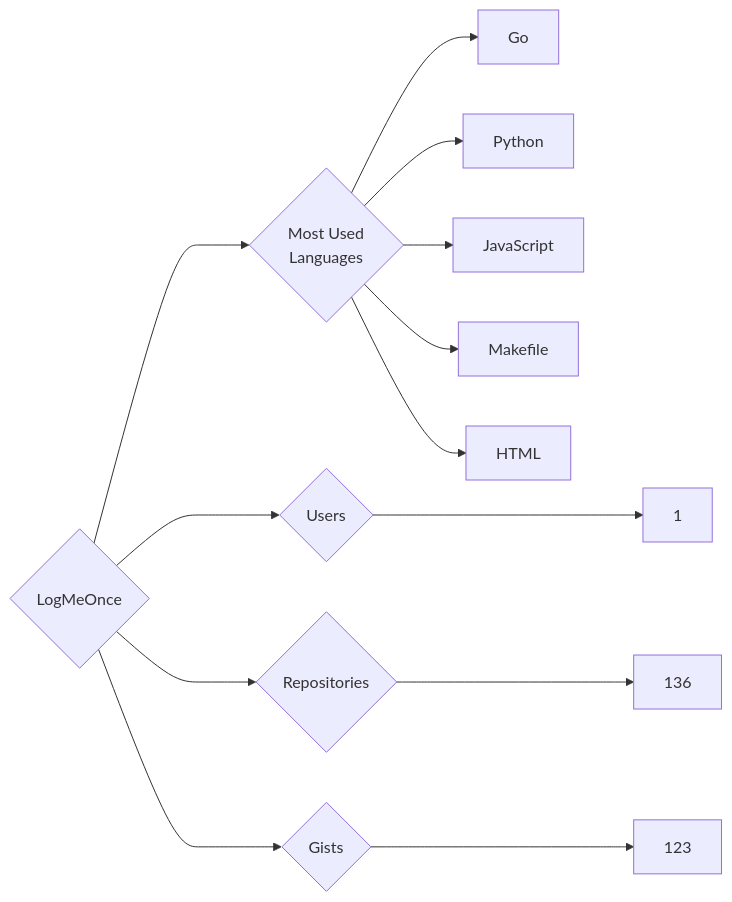
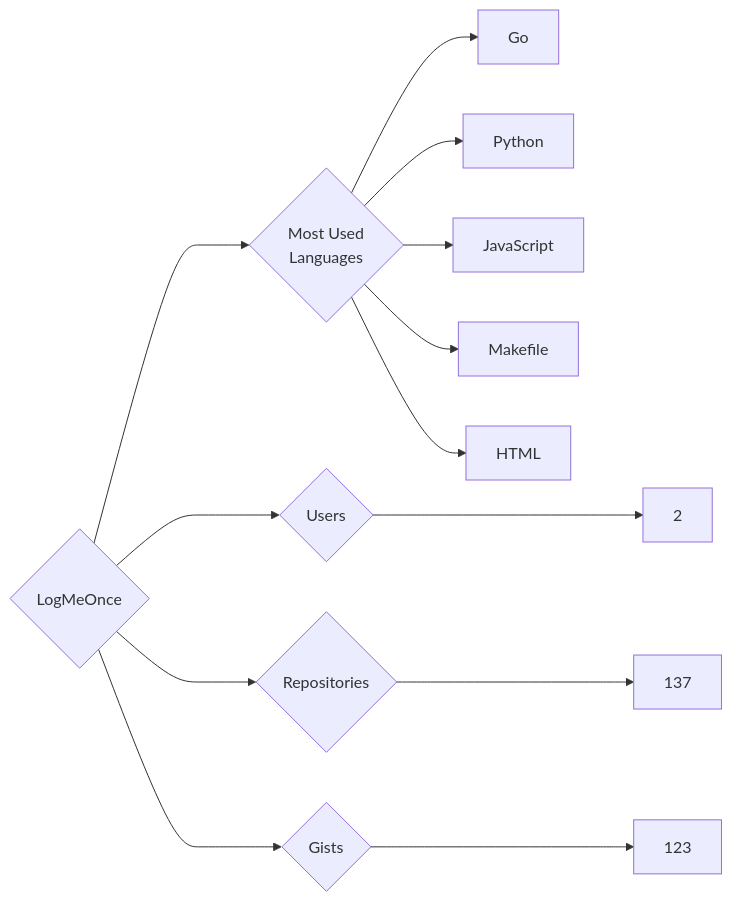
The diagram in targets/LogMeOnce/README.md (trickest/insiders), drawn with Mermaid before and after one commit. The commit also changed 1696 other files, not shown here.

````diff
--- a/targets/LogMeOnce/README.md
+++ b/targets/LogMeOnce/README.md
@@ -3,13 +3,13 @@
 ```mermaid
 graph LR
 COMPANY_NAME{LogMeOnce}
-COMPANY_NAME ---> U{Users} ---> UN[1]
-COMPANY_NAME ---> R{Repositories} ---> RN[136]
+COMPANY_NAME ---> U{Users} ---> UN[2]
+COMPANY_NAME ---> R{Repositories} ---> RN[137]
 COMPANY_NAME ---> G{Gists} ---> GN[123]
 COMPANY_NAME ---> ML{Most Used<br>Languages}
 ML --> Go[Go]
 ML --> Python[Python]
 ML --> JavaScript[JavaScript]
 ML --> Makefile[Makefile]
 ML --> HTML[HTML]
 ```
````
